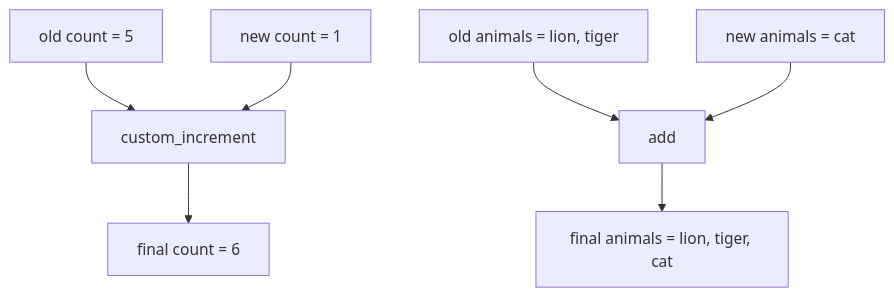
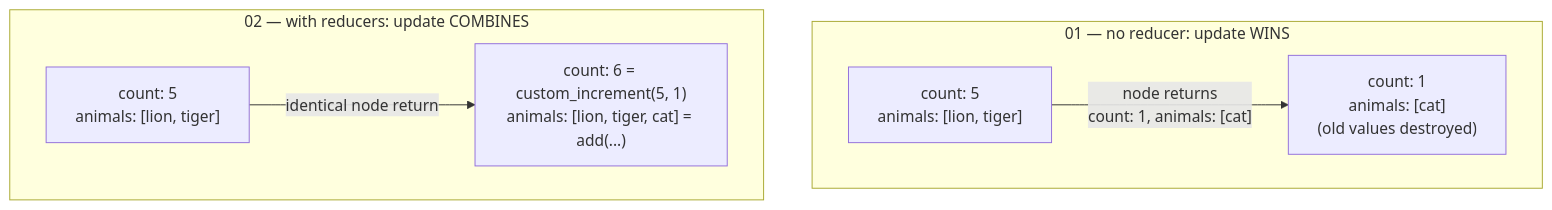
Before and after one commit to Walid-Ahmed/langgraph-tutorials: the second of 2 diagrams in 2-Reducer/README.md, drawn with Mermaid. The commit also changed other lines of this file and 8 other files, not shown here.

````diff
--- a/2-Reducer/README.md
+++ b/2-Reducer/README.md
@@ -137,10 +104,11 @@
 ```mermaid
-flowchart TD
-    A["old count = 5"] --> R1["custom_increment"]
-    B["new count = 1"] --> R1
-    R1 --> C["final count = 6"]
-
-    D["old animals = lion, tiger"] --> R2["add"]
-    E["new animals = cat"] --> R2
-    R2 --> F["final animals = lion, tiger, cat"]
+flowchart TB
+    subgraph NR["01 — no reducer: update WINS"]
+        direction LR
+        O1["count: 5<br/>animals: [lion, tiger]"] -->|"node returns<br/>count: 1, animals: [cat]"| O2["count: 1<br/>animals: [cat]<br/>(old values destroyed)"]
+    end
+    subgraph WR["02 — with reducers: update COMBINES"]
+        direction LR
+        W1["count: 5<br/>animals: [lion, tiger]"] -->|"identical node return"| W2["count: 6 = custom_increment(5, 1)<br/>animals: [lion, tiger, cat] = add(...)"]
+    end
 ```
````
